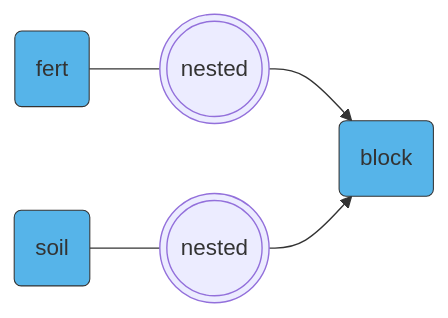
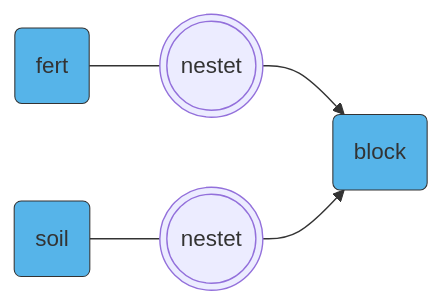
One commit to jkruppa/jkruppa.github.io changed the first of 7 diagrams in experimental-design-advanced.qmd. Above: the diagram before and after it, drawn with Mermaid. The commit also changed other lines of this file and 29 other files, not shown here.

````diff
--- a/experimental-design-advanced.qmd
+++ b/experimental-design-advanced.qmd
@@ -158,9 +158,9 @@
 ```{mermaid}
 %%| label: fig-mermaid-adv-rcbd
 %%| fig-width: 6
 %%| fig-cap: "text"
 flowchart LR
-    A(fert):::factor --- B(((nested))) --> E(block):::factor
-    C(soil):::factor --- D(((nested))) --> E
+    A(fert):::factor --- B(((nestet))) --> E(block):::factor
+    C(soil):::factor --- D(((nestet))) --> E
     classDef factor fill:#56B4E9,stroke:#333,stroke-width:0.75px
 ```
````
